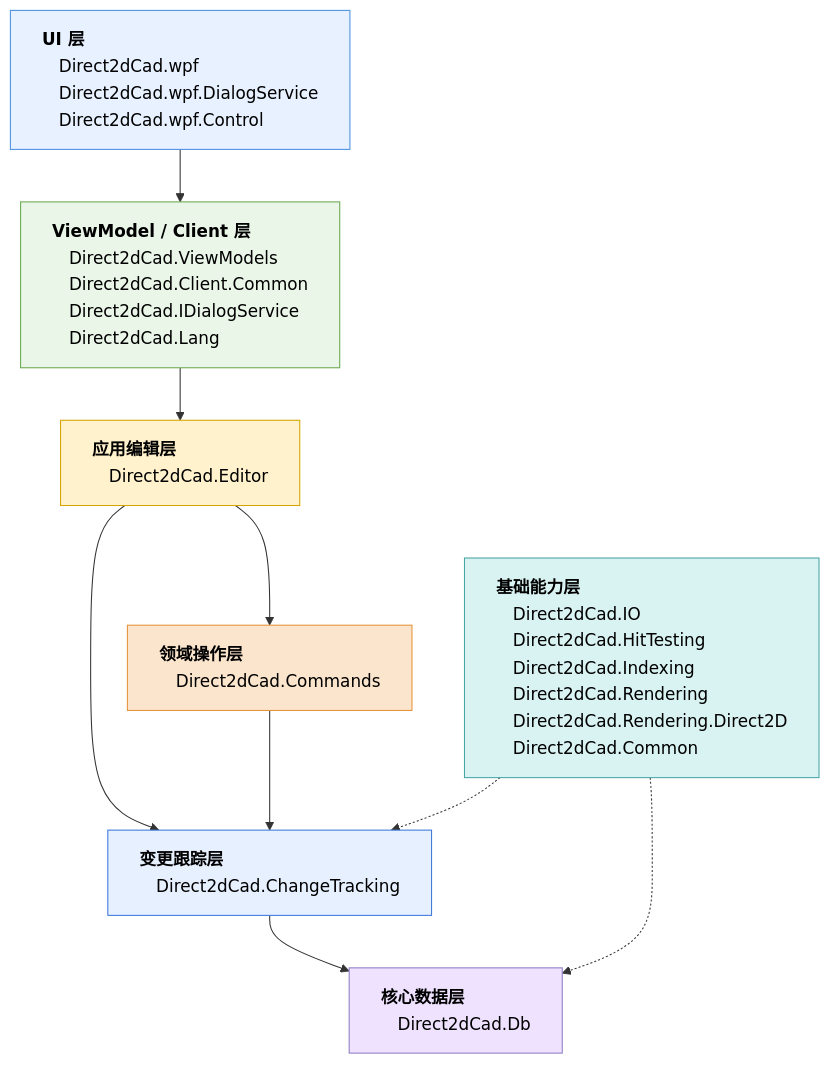
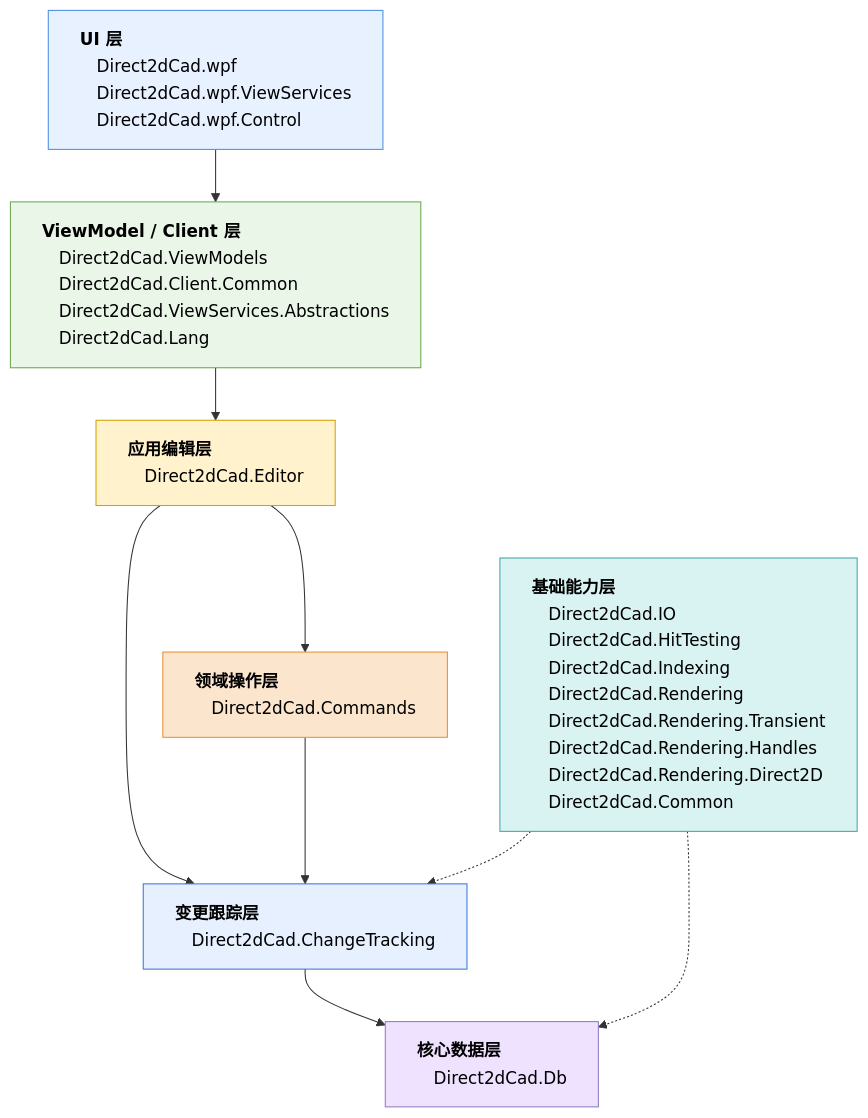
One commit to yoi102/Direct2dCad changed the first of 2 diagrams in README.md. Above: the diagram before and after it, drawn with Mermaid. The commit also changed other lines of this file and 35 other files, not shown here.

````diff
--- a/README.md
+++ b/README.md
@@ -7,46 +7,46 @@
 ```mermaid
 %%{init: {"flowchart": {"htmlLabels": true}, "securityLevel": "loose"}}%%
 
 flowchart TD
 
-    UI["<div style='text-align:left; line-height:1.6; white-space:nowrap;'><b>UI 层</b><br/>&emsp;Direct2dCad.wpf<br/>&emsp;Direct2dCad.wpf.DialogService<br/>&emsp;Direct2dCad.wpf.Control</div>"]
+    UI["<div style='text-align:left; line-height:1.6; white-space:nowrap;'><b>UI 层</b><br/>&emsp;Direct2dCad.wpf<br/>&emsp;Direct2dCad.wpf.ViewServices<br/>&emsp;Direct2dCad.wpf.Control</div>"]
 
-    VM["<div style='text-align:left; line-height:1.6; white-space:nowrap;'><b>ViewModel / Client 层</b><br/>&emsp;Direct2dCad.ViewModels<br/>&emsp;Direct2dCad.Client.Common<br/>&emsp;Direct2dCad.IDialogService<br/>&emsp;Direct2dCad.Lang</div>"]
+    VM["<div style='text-align:left; line-height:1.6; white-space:nowrap;'><b>ViewModel / Client 层</b><br/>&emsp;Direct2dCad.ViewModels<br/>&emsp;Direct2dCad.Client.Common<br/>&emsp;Direct2dCad.ViewServices.Abstractions<br/>&emsp;Direct2dCad.Lang</div>"]
 
     Editor["<div style='text-align:left; line-height:1.6; white-space:nowrap;'><b>应用编辑层</b><br/>&emsp;Direct2dCad.Editor</div>"]
 
     Commands["<div style='text-align:left; line-height:1.6; white-space:nowrap;'><b>领域操作层</b><br/>&emsp;Direct2dCad.Commands</div>"]
 
     ChangeTracking["<div style='text-align:left; line-height:1.6; white-space:nowrap;'><b>变更跟踪层</b><br/>&emsp;Direct2dCad.ChangeTracking</div>"]
 
     Db["<div style='text-align:left; line-height:1.6; white-space:nowrap;'><b>核心数据层</b><br/>&emsp;Direct2dCad.Db</div>"]
 
-    Infra["<div style='text-align:left; line-height:1.6; white-space:nowrap;'><b>基础能力层</b><br/>&emsp;Direct2dCad.IO<br/>&emsp;Direct2dCad.HitTesting<br/>&emsp;Direct2dCad.Indexing<br/>&emsp;Direct2dCad.Rendering<br/>&emsp;Direct2dCad.Rendering.Direct2D<br/>&emsp;Direct2dCad.Common</div>"]
+    Infra["<div style='text-align:left; line-height:1.6; white-space:nowrap;'><b>基础能力层</b><br/>&emsp;Direct2dCad.IO<br/>&emsp;Direct2dCad.HitTesting<br/>&emsp;Direct2dCad.Indexing<br/>&emsp;Direct2dCad.Rendering<br/>&emsp;Direct2dCad.Rendering.Transient<br/>&emsp;Direct2dCad.Rendering.Handles<br/>&emsp;Direct2dCad.Rendering.Direct2D<br/>&emsp;Direct2dCad.Common</div>"]
 
     UI --> VM
     VM --> Editor
     Editor --> Commands
     Editor --> ChangeTracking
     Commands --> ChangeTracking
     ChangeTracking --> Db
 
     Infra -.-> ChangeTracking
     Infra -.-> Db
 
     classDef ui fill:#e8f1ff,stroke:#4a90e2,color:#000;
     classDef vm fill:#eaf7e8,stroke:#6aa84f,color:#000;
     classDef app fill:#fff2cc,stroke:#d6a300,color:#000;
     classDef domain fill:#fce5cd,stroke:#e69138,color:#000;
     classDef change fill:#e7f0ff,stroke:#3c78d8,color:#000;
     classDef data fill:#efe2ff,stroke:#8e7cc3,color:#000;
     classDef infra fill:#d9f2f2,stroke:#46a6a6,color:#000;
 
     class UI ui;
     class VM vm;
     class Editor app;
     class Commands domain;
     class ChangeTracking change;
     class Db data;
     class Infra infra;
 
 ```
````
